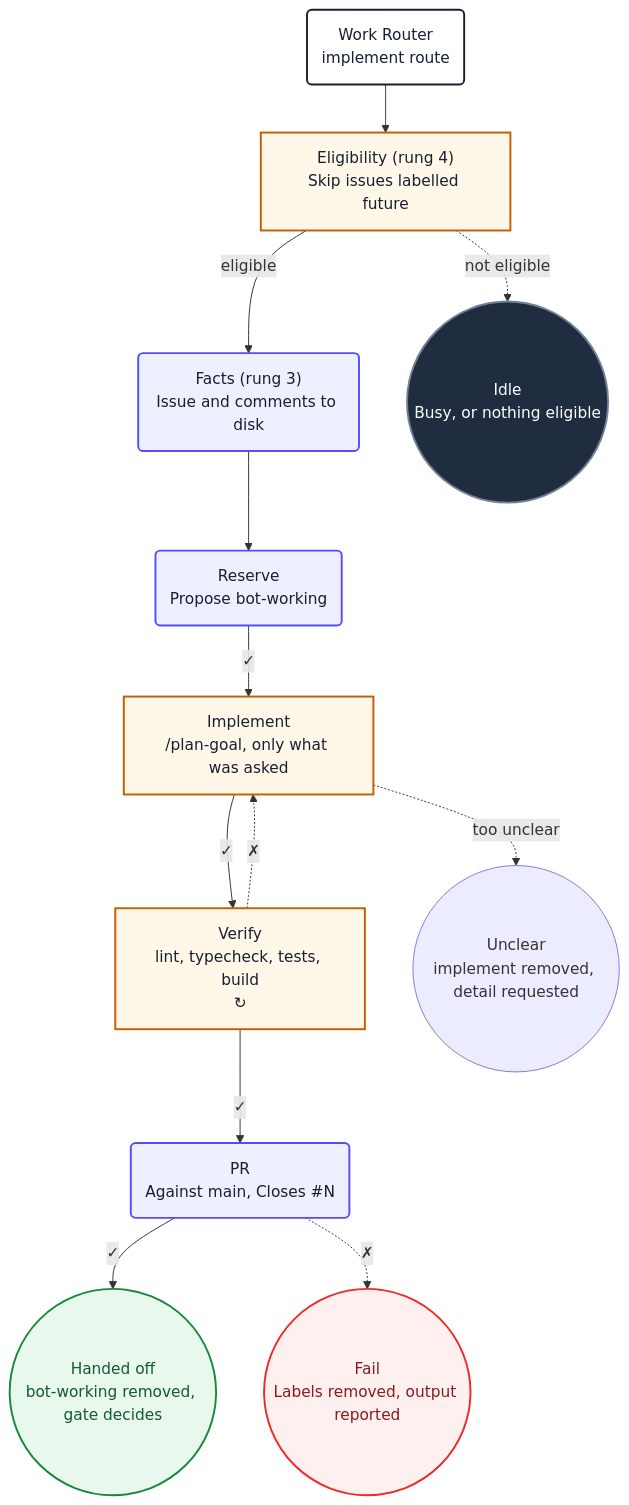
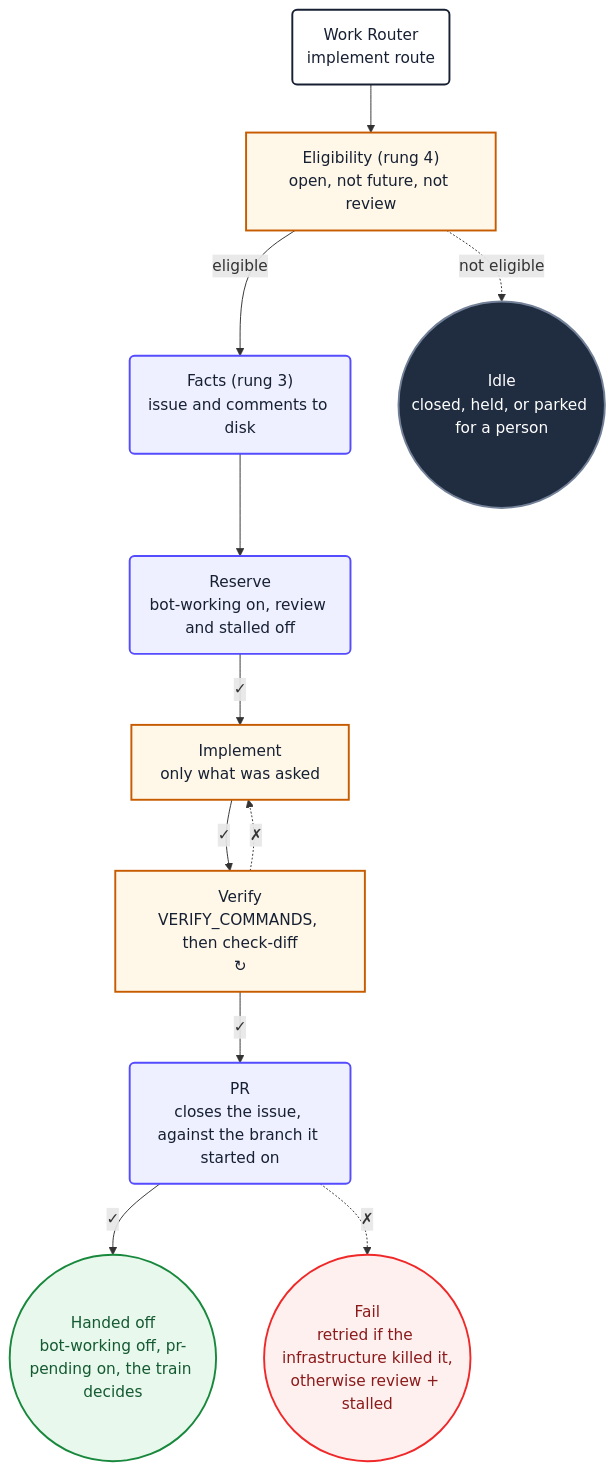
The third of 3 diagrams in apps/docs/content/docs/ai.mdx (PlainConceptsPlatform/foundations), drawn with Mermaid before and after one commit. The commit also changed other lines of this file and 20 other files, not shown here.

````diff
--- a/apps/docs/content/docs/ai.mdx
+++ b/apps/docs/content/docs/ai.mdx
@@ -858,32 +801,30 @@
 ```mermaid
 flowchart TD
     implStart("Work Router<br/>implement route") --> implPick
-    implPick["Eligibility (rung 4)<br/>Skip issues labelled future"] -->|eligible| implFacts
+    implPick["Eligibility (rung 4)<br/>open, not future, not review"] -->|eligible| implFacts
     implPick -.->|not eligible| implIdle
-    implFacts("Facts (rung 3)<br/>Issue and comments to disk") --> implReserve
-    implReserve("Reserve<br/>Propose bot-working") -->|✓| implCode
-    implCode["Implement<br/>/plan-goal, only what was asked"] -->|✓| implVerify
-    implCode -.->|too unclear| implUnclear
-    implVerify["Verify<br/>lint, typecheck, tests, build<br/>↻"] -->|✓| implPr
+    implFacts("Facts (rung 3)<br/>issue and comments to disk") --> implReserve
+    implReserve("Reserve<br/>bot-working on, review and stalled off") -->|✓| implCode
+    implCode["Implement<br/>only what was asked"] -->|✓| implVerify
+    implVerify["Verify<br/>VERIFY_COMMANDS, then check-diff<br/>↻"] -->|✓| implPr
     implVerify -.->|✗| implCode
-    implPr("PR<br/>Against main, Closes #N") -->|✓| implHandoff
+    implPr("PR<br/>closes the issue, against the branch it started on") -->|✓| implHandoff
     implPr -.->|✗| implFail
-    implHandoff(("Handed off<br/>bot-working removed, gate decides"))
-    implUnclear(("Unclear<br/>implement removed, detail requested"))
-    implIdle(("Idle<br/>Busy, or nothing eligible"))
-    implFail(("Fail<br/>Labels removed, output reported"))
+    implHandoff(("Handed off<br/>bot-working off, pr-pending on, the train decides"))
+    implIdle(("Idle<br/>closed, held, or parked for a person"))
+    implFail(("Fail<br/>retried if the infrastructure killed it,<br/>otherwise review + stalled"))
 
     classDef start fill:#ffffff,stroke:#172033,stroke-width:2px,color:#172033
     classDef action fill:#eef0ff,stroke:#554cff,stroke-width:2px,color:#172033
     classDef decision fill:#fff8e8,stroke:#c75b00,stroke-width:2px,color:#172033
     classDef idle fill:#202c40,stroke:#738198,stroke-width:2px,color:#ffffff
     classDef failure fill:#fff0f0,stroke:#ef2929,stroke-width:2px,color:#8b1a1a
     classDef success fill:#e8f8ec,stroke:#18883c,stroke-width:2px,color:#145a32
 
     class implStart start
     class implFacts,implReserve,implPr action
     class implPick,implCode,implVerify decision
     class implIdle idle
     class implFail failure
     class implHandoff success
 ```
````
